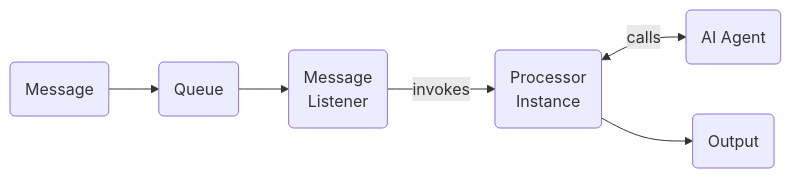
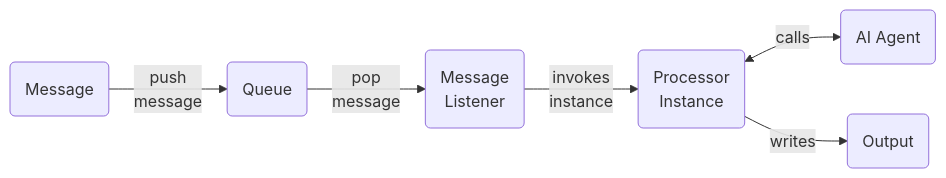
The diagram in README.md (msalemor/simple-dips), drawn with Mermaid before and after one commit.

Commit message:
fix: update system architecture diagram for clarity

````diff
--- a/README.md
+++ b/README.md
@@ -17,5 +17,5 @@
 ```mermaid
 graph LR
-  M(Message) --> Q(Queue) --> L(Message<br>Listener) --invokes--> P(Processor<br>Instance) <--calls--> AI(AI Agent)
-  P-->O(Output)
+  M(Message) --push<br>message--> Q(Queue) --pop<br>message--> L(Message<br>Listener) --invokes<br>instance--> P(Processor<br>Instance) <--calls--> AI(AI Agent)
+  P--writes-->O(Output)
 ```
````
